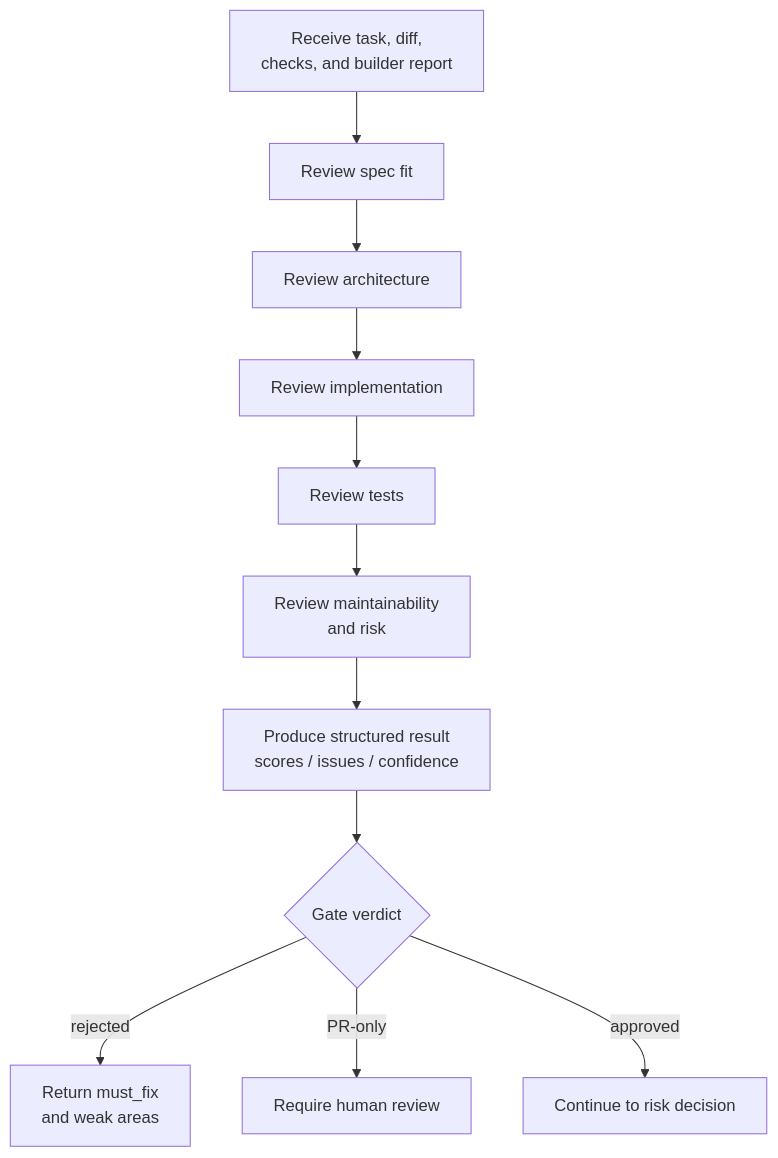
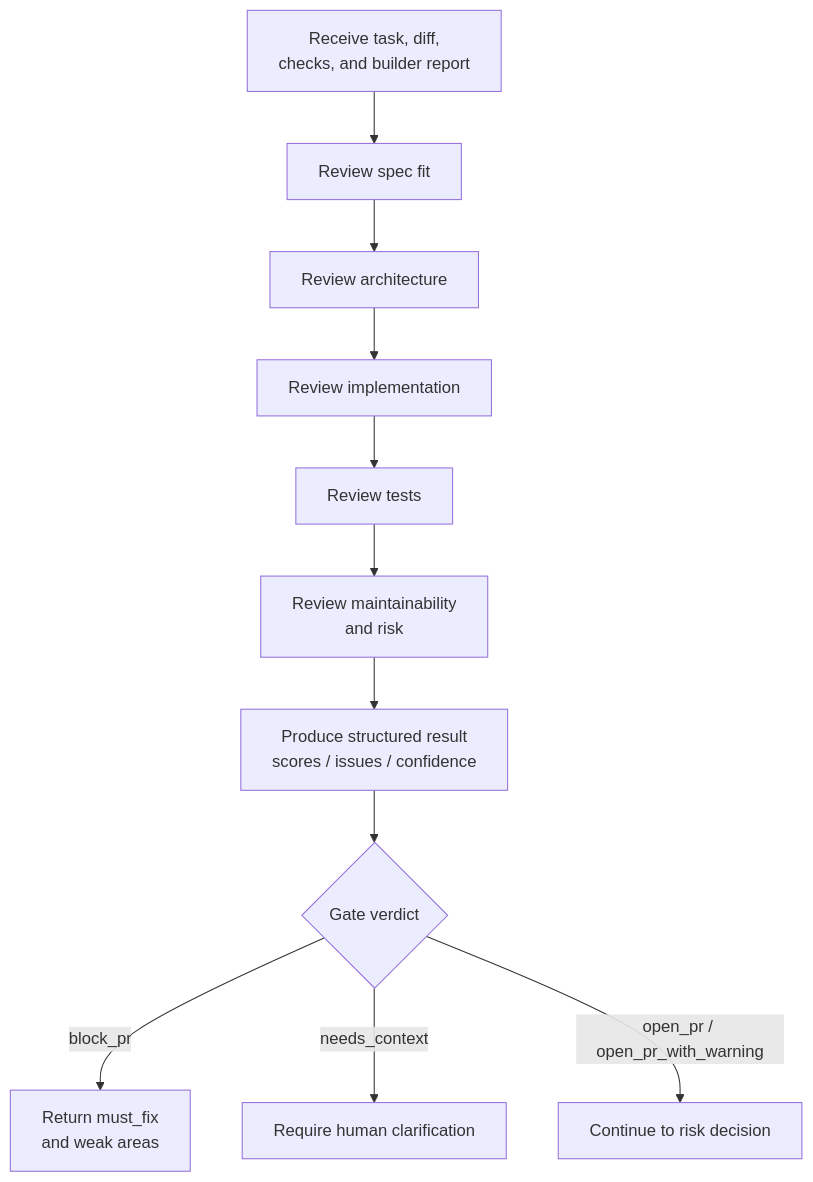
Before and after one commit to kaizen-agents-org/.github: the fifth of 10 diagrams in docs/architecture.md, drawn with Mermaid. The commit also changed other lines of this file and 10 other files, not shown here.

````diff
--- a/docs/architecture.md
+++ b/docs/architecture.md
@@ -120,14 +120,14 @@
 ```mermaid
 flowchart TB
     VF1["Receive task, diff,<br/>checks, and builder report"] --> VF2["Review spec fit"]
     VF2 --> VF3["Review architecture"]
     VF3 --> VF4["Review implementation"]
     VF4 --> VF5["Review tests"]
     VF5 --> VF6["Review maintainability<br/>and risk"]
     VF6 --> VF7["Produce structured result<br/>scores / issues / confidence"]
     VF7 --> VF8{"Gate verdict"}
 
-    VF8 -->|rejected| VF9["Return must_fix<br/>and weak areas"]
-    VF8 -->|PR-only| VF10["Require human review"]
-    VF8 -->|approved| VF11["Continue to risk decision"]
+    VF8 -->|block_pr| VF9["Return must_fix<br/>and weak areas"]
+    VF8 -->|needs_context| VF10["Require human clarification"]
+    VF8 -->|open_pr / open_pr_with_warning| VF11["Continue to risk decision"]
 ```
````
